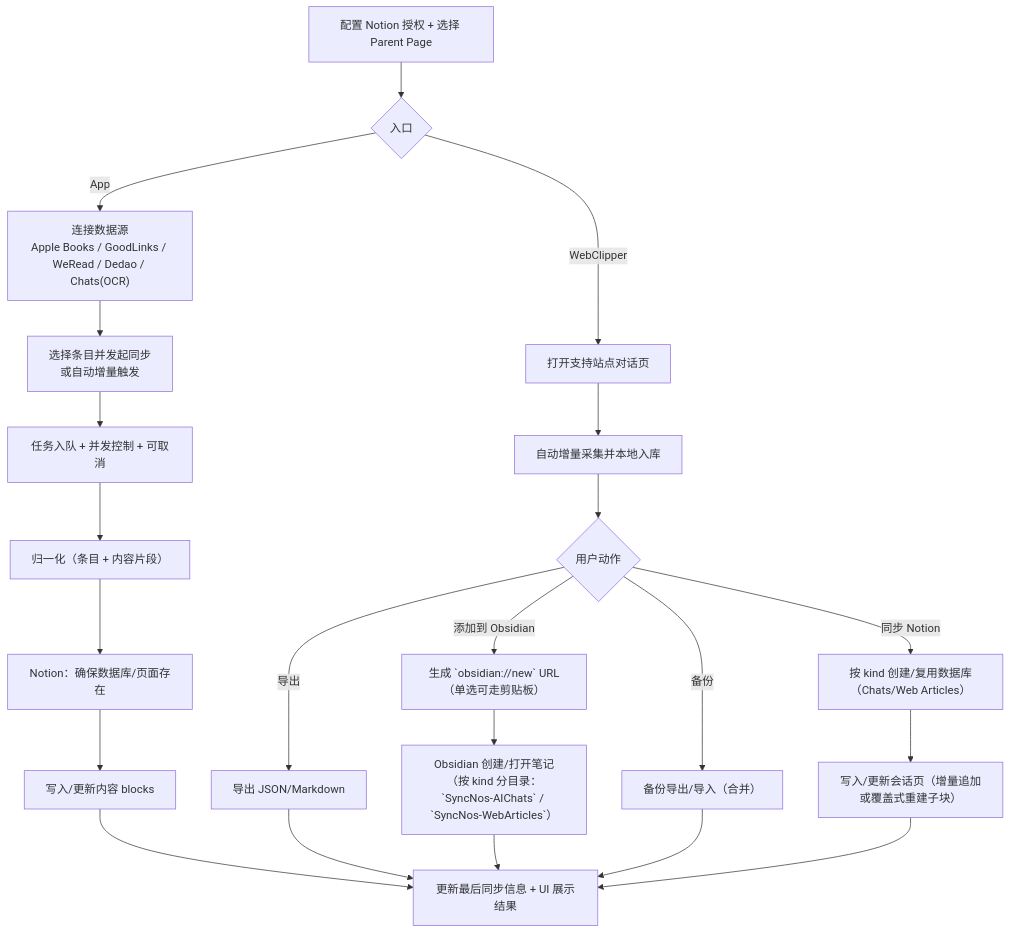
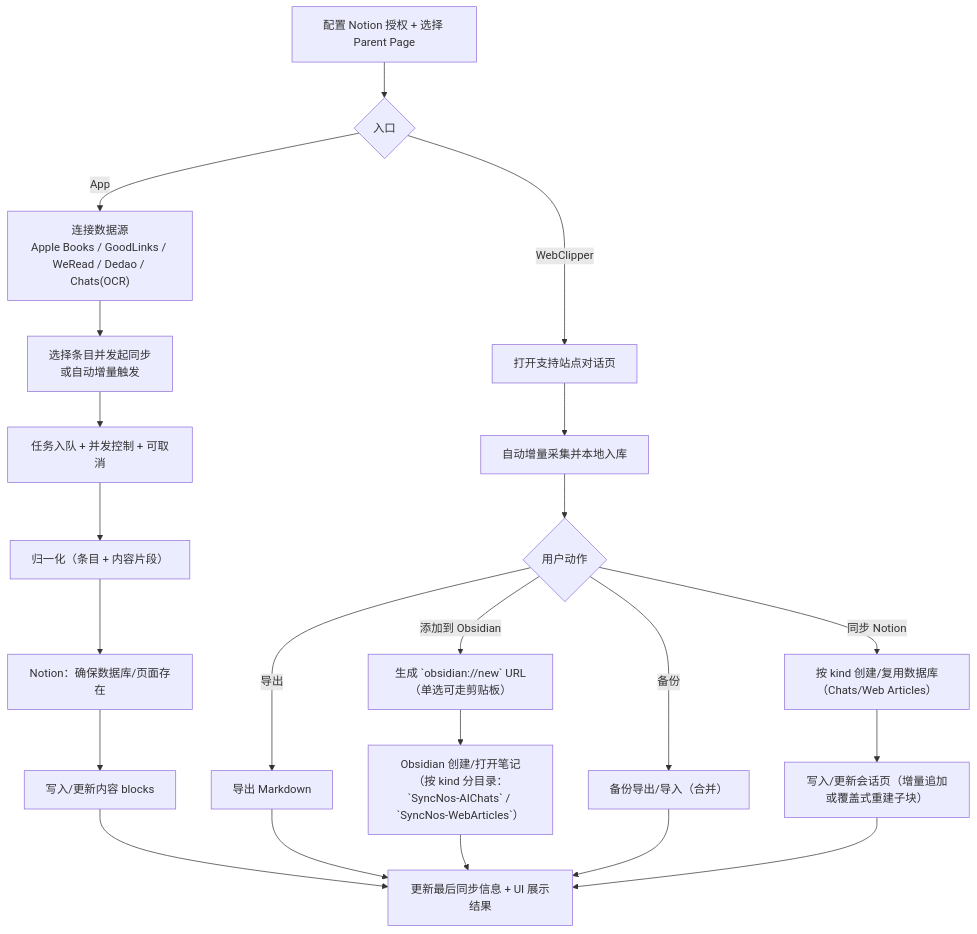
The diagram in .github/docs/business-logic.md (chiimagnus/SyncNos), drawn with Mermaid before and after one commit. The commit also changed other lines of this file and 3 other files, not shown here.

````diff
--- a/.github/docs/business-logic.md
+++ b/.github/docs/business-logic.md
@@ -137,26 +138,26 @@
 ```mermaid
 flowchart TD
     A["配置 Notion 授权 + 选择 Parent Page"] --> B{入口}
 
     B -->|App| C["连接数据源<br/>Apple Books / GoodLinks / WeRead / Dedao / Chats(OCR)"]
     C --> D["选择条目并发起同步<br/>或自动增量触发"]
     D --> E["任务入队 + 并发控制 + 可取消"]
     E --> F["归一化（条目 + 内容片段）"]
     F --> G["Notion：确保数据库/页面存在"]
     G --> H["写入/更新内容 blocks"]
     H --> I["更新最后同步信息 + UI 展示结果"]
 
     B -->|WebClipper| W1["打开支持站点对话页"]
     W1 --> W2["自动增量采集并本地入库"]
     W2 --> W3{用户动作}
-    W3 -->|导出| W4["导出 JSON/Markdown"]
+    W3 -->|导出| W4["导出 Markdown"]
     W3 -->|添加到 Obsidian| W8["生成 `obsidian://new` URL（单选可走剪贴板）"]
     W3 -->|备份| W5["备份导出/导入（合并）"]
     W3 -->|同步 Notion| W6["按 kind 创建/复用数据库（Chats/Web Articles）"]
     W8 --> W9["Obsidian 创建/打开笔记（按 kind 分目录：`SyncNos-AIChats` / `SyncNos-WebArticles`）"]
     W6 --> W7["写入/更新会话页（增量追加或覆盖式重建子块）"]
     W4 --> I
     W9 --> I
     W5 --> I
     W7 --> I
 ```
````
